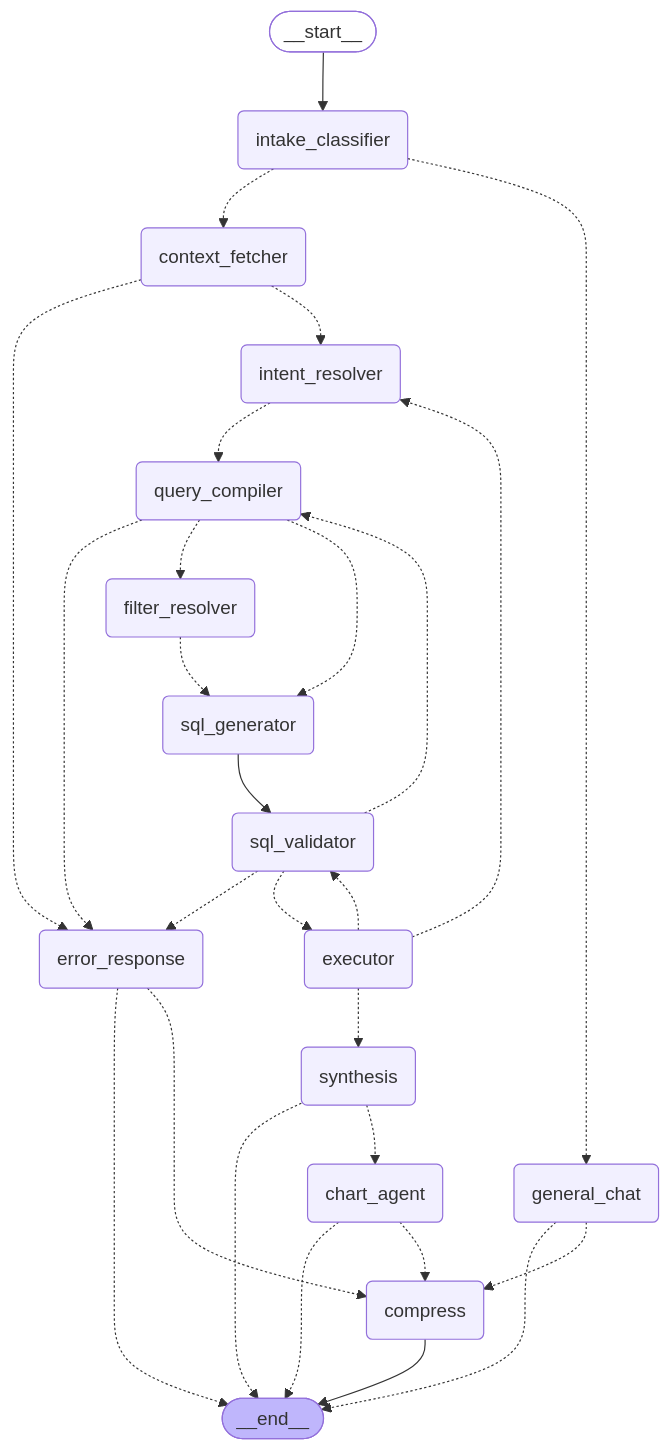
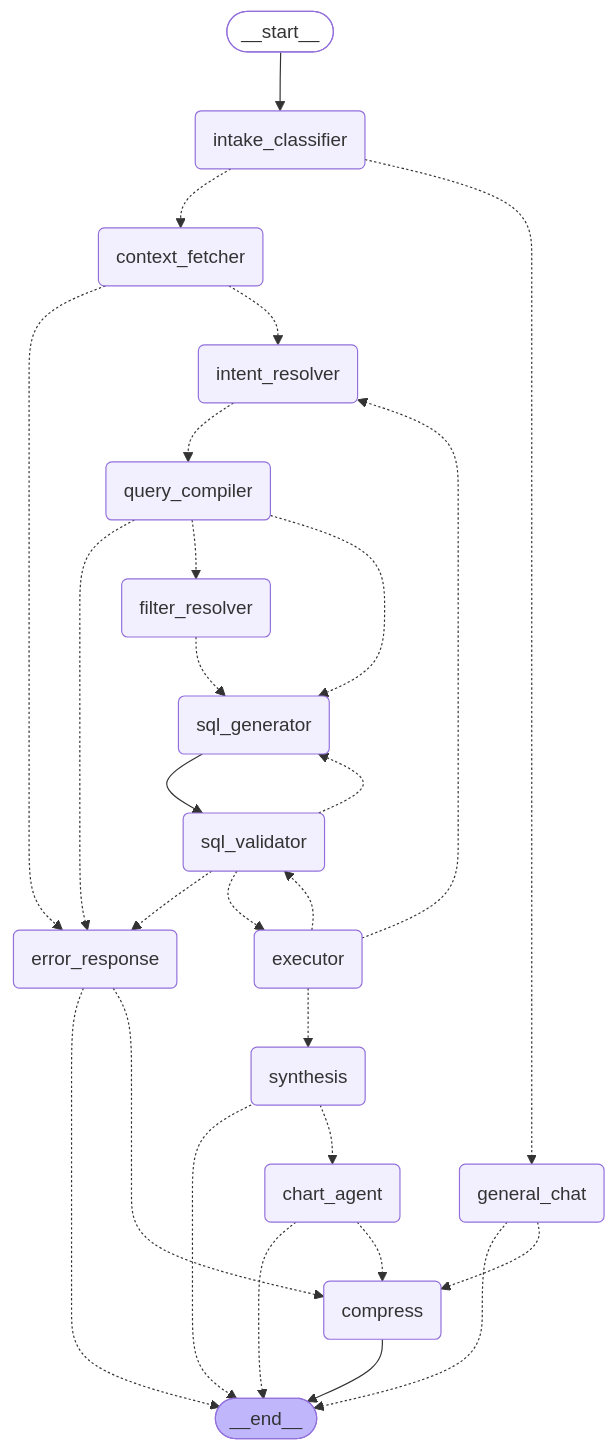
One commit to mayankdas2005/MTI-Brain changed the diagram in assets/analytics_graph.mmd. Above: the diagram before and after it, drawn with Mermaid. The commit also changed 48 other files, not shown here.

```diff
--- a/assets/analytics_graph.mmd
+++ b/assets/analytics_graph.mmd
@@ -1,45 +1,45 @@
 graph TD;
 	__start__([<p>__start__</p>]):::first
 	intake_classifier(intake_classifier)
 	general_chat(general_chat)
 	context_fetcher(context_fetcher)
 	intent_resolver(intent_resolver)
 	query_compiler(query_compiler)
 	filter_resolver(filter_resolver)
 	sql_generator(sql_generator)
 	sql_validator(sql_validator)
 	executor(executor)
 	synthesis(synthesis)
 	chart_agent(chart_agent)
 	error_response(error_response)
 	compress(compress)
 	__end__([<p>__end__</p>]):::last
 	__start__ --> intake_classifier;
 	chart_agent -.-> __end__;
 	chart_agent -.-> compress;
 	context_fetcher -.-> error_response;
 	context_fetcher -.-> intent_resolver;
 	error_response -.-> __end__;
 	error_response -.-> compress;
 	executor -.-> intent_resolver;
 	executor -.-> sql_validator;
 	executor -.-> synthesis;
 	filter_resolver -.-> sql_generator;
 	general_chat -.-> __end__;
 	general_chat -.-> compress;
 	intake_classifier -.-> context_fetcher;
 	intake_classifier -.-> general_chat;
 	intent_resolver -.-> query_compiler;
 	query_compiler -.-> error_response;
 	query_compiler -.-> filter_resolver;
 	query_compiler -.-> sql_generator;
 	sql_generator --> sql_validator;
 	sql_validator -.-> error_response;
 	sql_validator -.-> executor;
-	sql_validator -.-> query_compiler;
+	sql_validator -.-> sql_generator;
 	synthesis -.-> __end__;
 	synthesis -.-> chart_agent;
 	compress --> __end__;
 	classDef default fill:#f2f0ff,line-height:1.2
 	classDef first fill-opacity:0
 	classDef last fill:#bfb6fc
```
